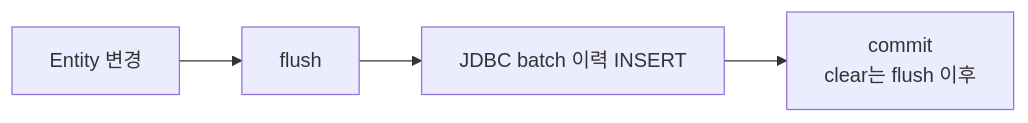
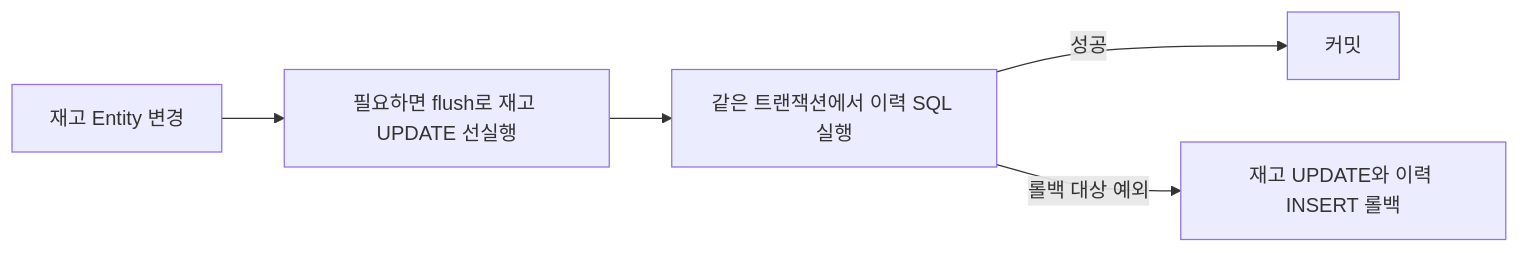
Before and after one commit to sinabro-study/garden: the second of 2 diagrams in 01_Projects/면접 준비/05_단원_05_Batch.md, drawn with Mermaid. The commit also changed other lines of this file and 22 other files, not shown here.

Commit message:
docs: 면접 학습 자료 정리와 JDBC Batch 진도 기록

````diff
--- a/01_Projects/면접 준비/05_단원_05_Batch.md
+++ b/01_Projects/면접 준비/05_단원_05_Batch.md
@@ -24,10 +101,7 @@
 ```mermaid
 flowchart LR
- N0["Entity 변경"]
- N1["flush"]
- N0 --> N1
- N2["JDBC batch 이력 INSERT"]
- N1 --> N2
- N3["commit<br/>clear는 flush 이후"]
- N2 --> N3
+    A["재고 Entity 변경"] --> B["필요하면 flush로 재고 UPDATE 선실행"]
+    B --> C["같은 트랜잭션에서 이력 SQL 실행"]
+    C -->|"성공"| D["커밋"]
+    C -->|"롤백 대상 예외"| E["재고 UPDATE와 이력 INSERT 롤백"]
 ```
````
